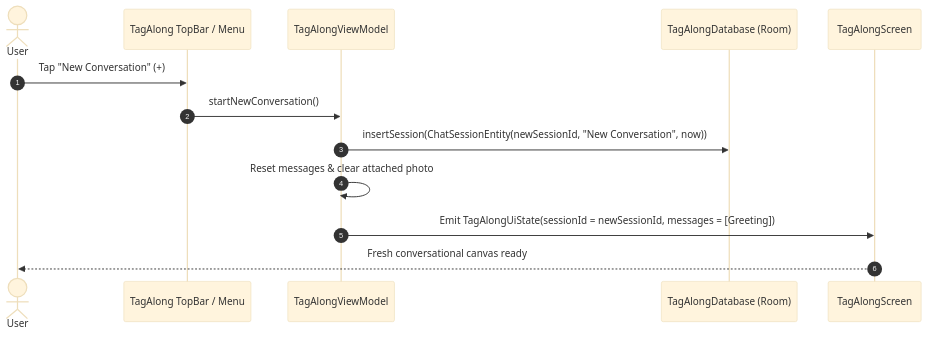
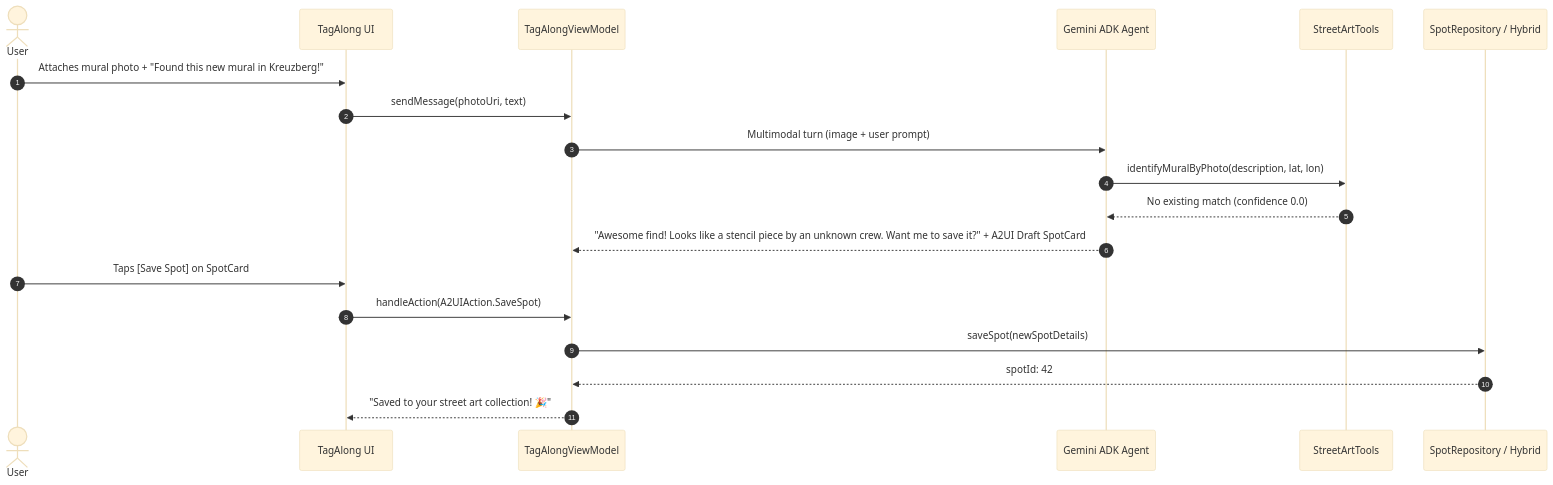
Before and after one commit to maiatoday/tag-spotter: the third of 5 diagrams in docs/a2ui-phase-4-and-more.md, drawn with Mermaid (base theme). The commit also changed other lines of this file and 1 other file, not shown here.

````diff
--- a/docs/a2ui-phase-4-and-more.md
+++ b/docs/a2ui-phase-4-and-more.md
@@ -157,16 +497,22 @@
 ```mermaid
 sequenceDiagram
     autonumber
     actor User
-    participant TopBar as TagAlong TopBar / Menu
+    participant Chat as TagAlong UI
     participant VM as TagAlongViewModel
-    participant DB as TagAlongDatabase (Room)
-    participant UI as TagAlongScreen
+    participant Agent as Gemini ADK Agent
+    participant Tools as StreetArtTools
+    participant Repo as SpotRepository / Hybrid
 
-    User->>TopBar: Tap "New Conversation" (+)
-    TopBar->>VM: startNewConversation()
-    VM->>DB: insertSession(ChatSessionEntity(newSessionId, "New Conversation", now))
-    VM->>VM: Reset messages & clear attached photo
-    VM->>UI: Emit TagAlongUiState(sessionId = newSessionId, messages = [Greeting])
-    UI-->>User: Fresh conversational canvas ready
+    User->>Chat: Attaches mural photo + "Found this new mural in Kreuzberg!"
+    Chat->>VM: sendMessage(photoUri, text)
+    VM->>Agent: Multimodal turn (image + user prompt)
+    Agent->>Tools: identifyMuralByPhoto(description, lat, lon)
+    Tools-->>Agent: No existing match (confidence 0.0)
+    Agent-->>VM: "Awesome find! Looks like a stencil piece by an unknown crew. Want me to save it?" + A2UI Draft SpotCard
+    User->>Chat: Taps [Save Spot] on SpotCard
+    Chat->>VM: handleAction(A2UIAction.SaveSpot)
+    VM->>Repo: saveSpot(newSpotDetails)
+    Repo-->>VM: spotId: 42
+    VM-->>Chat: "Saved to your street art collection! 🎉"
 ```
````
